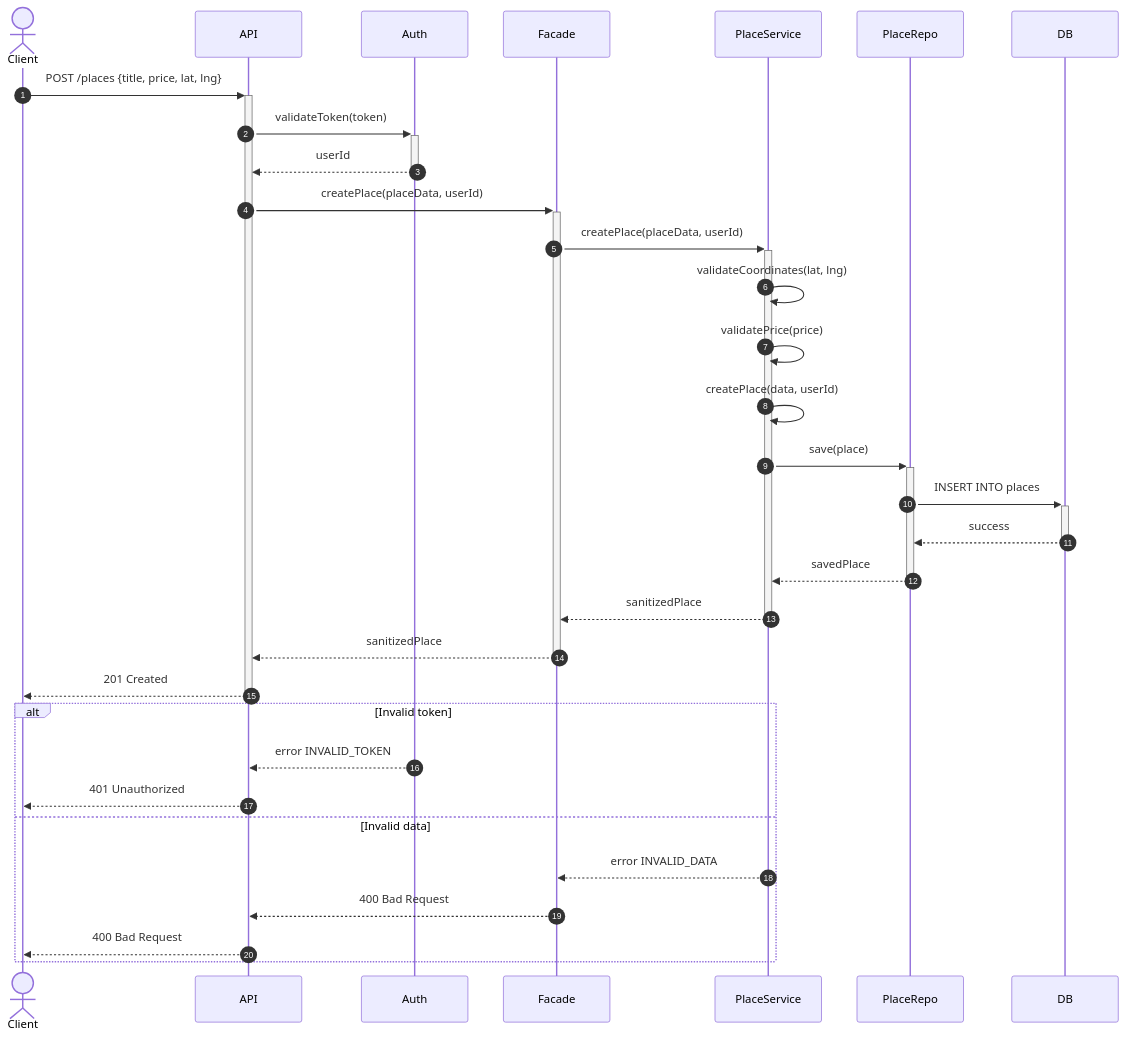
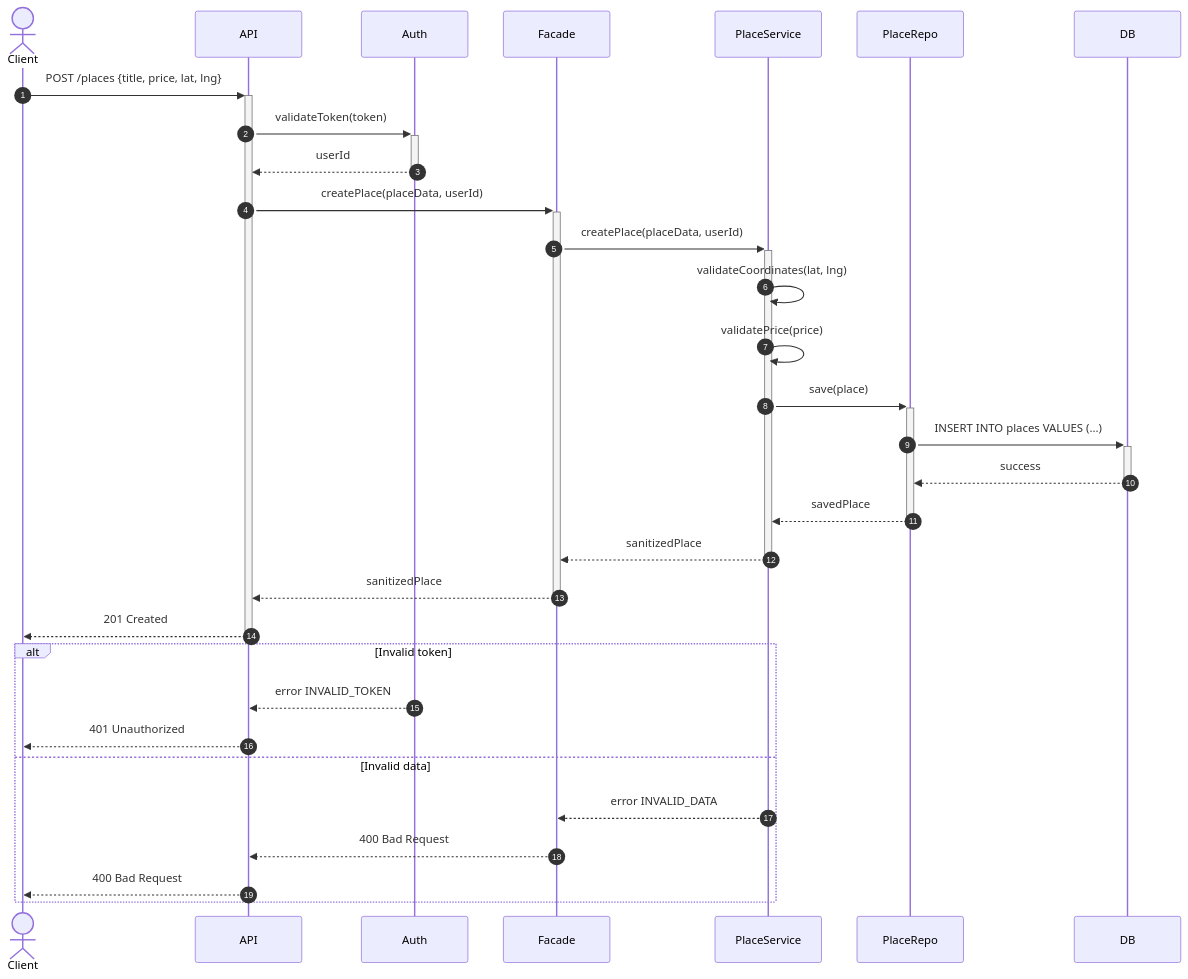
The second of 4 diagrams in part1/2-sequences.md (Lagui117/holbertonschool-hbnb), drawn with Mermaid before and after one commit. The commit also changed other lines of this file, not shown here.

Commit message:
2-sequences.md

````diff
--- a/part1/2-sequences.md
+++ b/part1/2-sequences.md
@@ -72,40 +67,41 @@
 ```mermaid
 sequenceDiagram
     autonumber
     actor Client
     participant API
     participant Auth
     participant Facade
     participant PlaceService
     participant PlaceRepo
     participant DB
 
+    %% ==== FLUX PRINCIPAL / MAIN FLOW ====
     Client->>+API: POST /places {title, price, lat, lng}
     API->>+Auth: validateToken(token)
     Auth-->>-API: userId
     
     API->>+Facade: createPlace(placeData, userId)
     Facade->>+PlaceService: createPlace(placeData, userId)
     
     PlaceService->>PlaceService: validateCoordinates(lat, lng)
     PlaceService->>PlaceService: validatePrice(price)
     
-    PlaceService->>PlaceService: createPlace(data, userId)
     PlaceService->>+PlaceRepo: save(place)
-    PlaceRepo->>+DB: INSERT INTO places
+    PlaceRepo->>+DB: INSERT INTO places VALUES (...)
     DB-->>-PlaceRepo: success
     PlaceRepo-->>-PlaceService: savedPlace
     
     PlaceService-->>-Facade: sanitizedPlace
     Facade-->>-API: sanitizedPlace
     API-->>-Client: 201 Created
 
+    %% ==== ALTERNATIVES ====
     alt Invalid token
         Auth-->>API: error INVALID_TOKEN
         API-->>Client: 401 Unauthorized
     else Invalid data
         PlaceService-->>Facade: error INVALID_DATA
         Facade-->>API: 400 Bad Request
         API-->>Client: 400 Bad Request
     end
 ```
````
